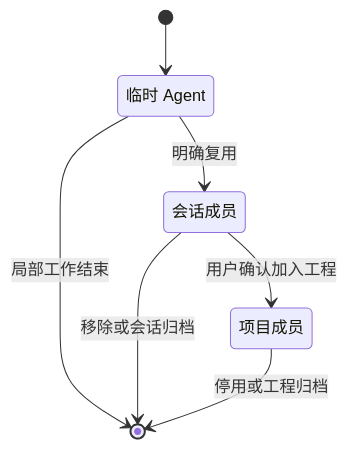
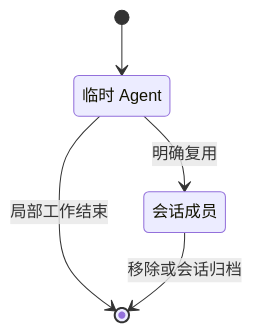
One commit to liu629711-spec/Magic changed the seventh of 8 diagrams in docs/01-产品/PRD-02-代理与CEO工作方式.md. Above: the diagram before and after it, drawn with Mermaid. The commit also changed other lines of this file and 24 other files, not shown here.

Commit message:
docs: reorganize for own-client phase; add own-client architecture doc (09); drop PRD-03/engineering docs

````diff
--- a/docs/01-产品/PRD-02-代理与CEO工作方式.md
+++ b/docs/01-产品/PRD-02-代理与CEO工作方式.md
@@ -217,12 +211,9 @@
 ```mermaid
 stateDiagram-v2
   state "临时 Agent" as temp
   state "会话成员" as session
-  state "项目成员" as project
   [*] --> temp
   temp --> session: 明确复用
-  session --> project: 用户确认加入工程
   temp --> [*]: 局部工作结束
   session --> [*]: 移除或会话归档
-  project --> [*]: 停用或工程归档
 ```
````
